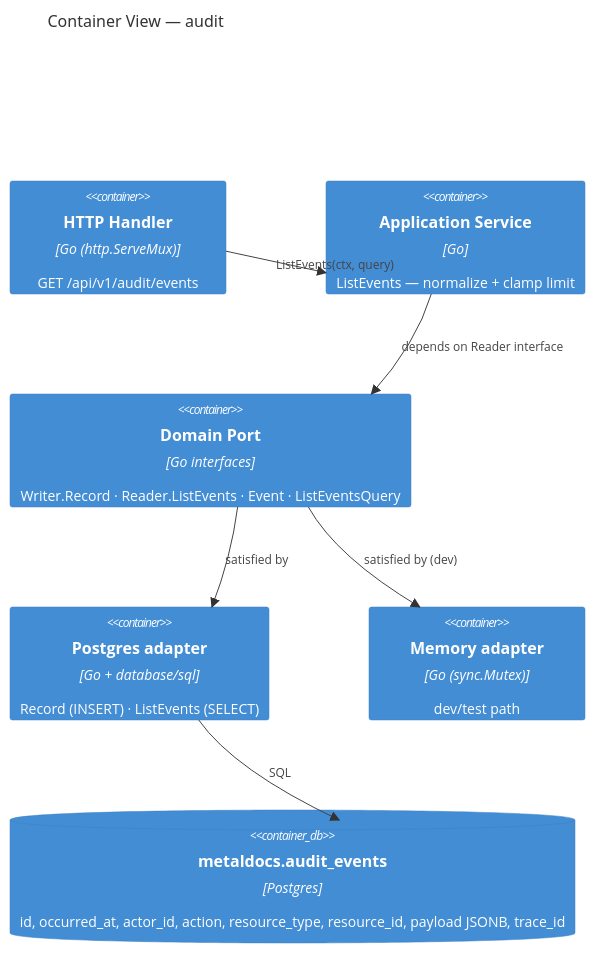
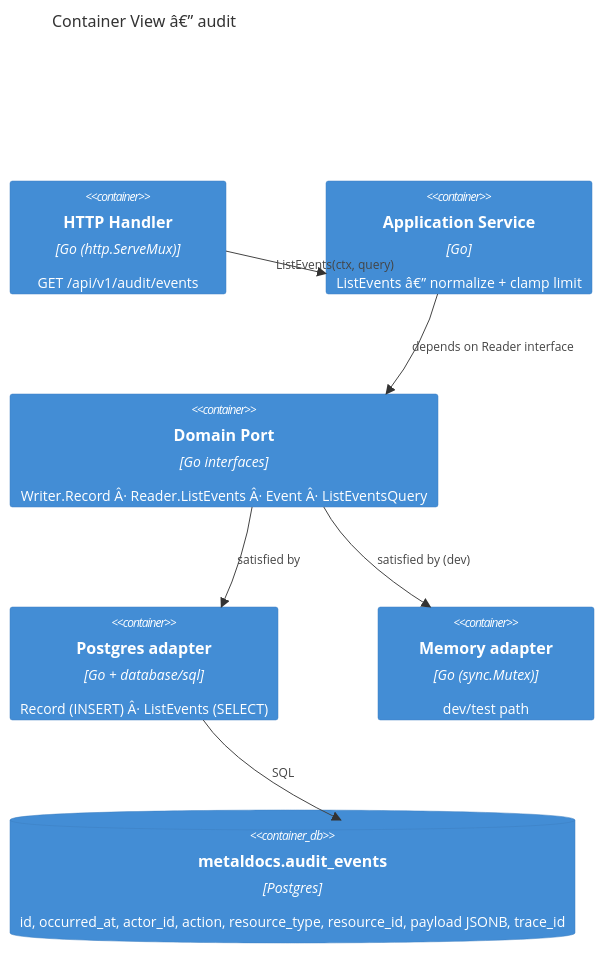
Before and after one commit to developmentconexus-ops/MetalDocs: the second of 5 diagrams in wiki/modules/audit.md, drawn with Mermaid. The commit also changed other lines of this file and 12 other files, not shown here.

````diff
--- a/wiki/modules/audit.md
+++ b/wiki/modules/audit.md
@@ -116,15 +116,15 @@
 ```mermaid
 C4Container
-    title Container View — audit
+    title Container View â€” audit
     Container(http, "HTTP Handler", "Go (http.ServeMux)", "GET /api/v1/audit/events")
-    Container(svc, "Application Service", "Go", "ListEvents — normalize + clamp limit")
-    Container(port, "Domain Port", "Go interfaces", "Writer.Record · Reader.ListEvents · Event · ListEventsQuery")
-    Container(pgw, "Postgres adapter", "Go + database/sql", "Record (INSERT) · ListEvents (SELECT)")
+    Container(svc, "Application Service", "Go", "ListEvents â€” normalize + clamp limit")
+    Container(port, "Domain Port", "Go interfaces", "Writer.Record Â· Reader.ListEvents Â· Event Â· ListEventsQuery")
+    Container(pgw, "Postgres adapter", "Go + database/sql", "Record (INSERT) Â· ListEvents (SELECT)")
     Container(memw, "Memory adapter", "Go (sync.Mutex)", "dev/test path")
     ContainerDb(db, "metaldocs.audit_events", "Postgres", "id, occurred_at, actor_id, action, resource_type, resource_id, payload JSONB, trace_id")
     Rel(http, svc, "ListEvents(ctx, query)")
     Rel(svc, port, "depends on Reader interface")
     Rel(port, pgw, "satisfied by")
     Rel(port, memw, "satisfied by (dev)")
     Rel(pgw, db, "SQL")
 ```
````
